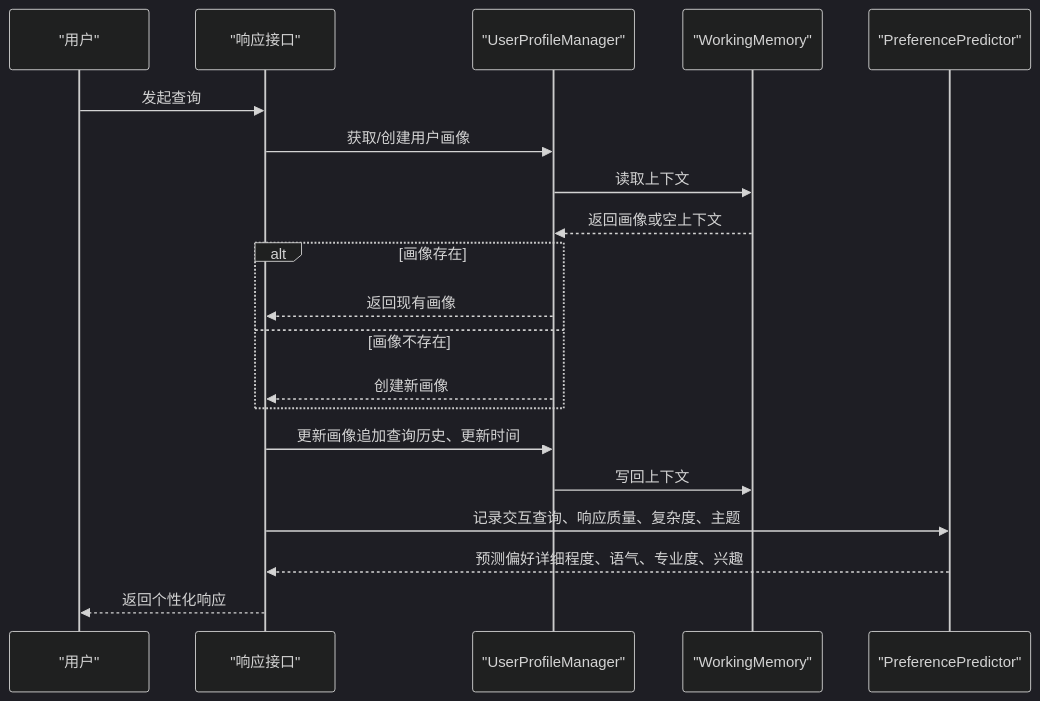
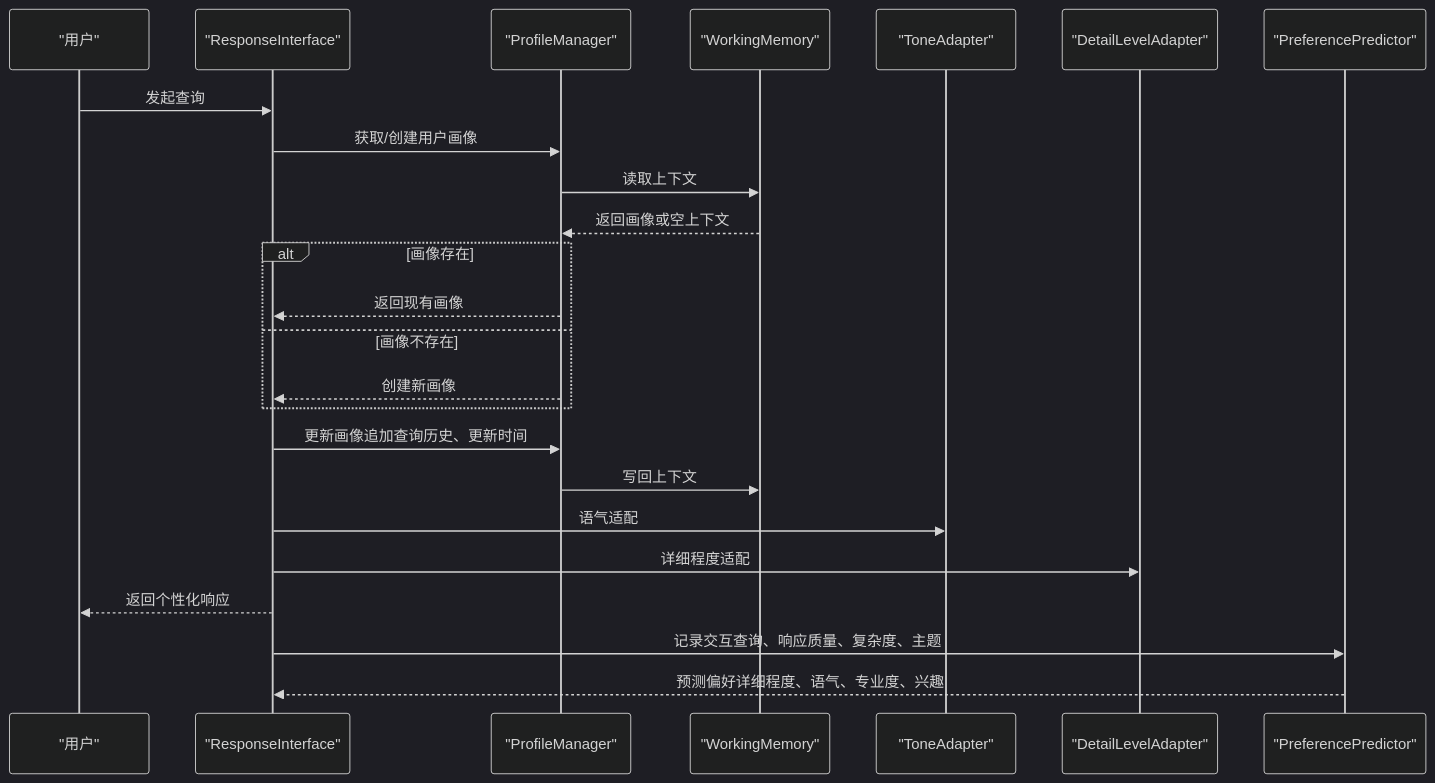
One commit to JieGaoPrinceton/NecoRAG changed the second of 6 diagrams in .qoder/repowiki/zh/content/交互层模块/用户画像管理.md. Above: the diagram before and after it, drawn with Mermaid (dark theme). The commit also changed other lines of this file and 12 other files, not shown here.

````diff
--- a/.qoder/repowiki/zh/content/交互层模块/用户画像管理.md
+++ b/.qoder/repowiki/zh/content/交互层模块/用户画像管理.md
@@ -113,22 +143,26 @@
 ```mermaid
 sequenceDiagram
 participant User as "用户"
-participant Resp as "响应接口"
-participant PM as "UserProfileManager"
+participant RI as "ResponseInterface"
+participant PM as "ProfileManager"
 participant WM as "WorkingMemory"
+participant TA as "ToneAdapter"
+participant DLA as "DetailLevelAdapter"
 participant PP as "PreferencePredictor"
-User->>Resp : 发起查询
-Resp->>PM : 获取/创建用户画像
+User->>RI : 发起查询
+RI->>PM : 获取/创建用户画像
 PM->>WM : 读取上下文
 WM-->>PM : 返回画像或空上下文
 alt 画像存在
-PM-->>Resp : 返回现有画像
+PM-->>RI : 返回现有画像
 else 画像不存在
-PM-->>Resp : 创建新画像
+PM-->>RI : 创建新画像
 end
-Resp->>PM : 更新画像追加查询历史、更新时间
+RI->>PM : 更新画像追加查询历史、更新时间
 PM->>WM : 写回上下文
-Resp->>PP : 记录交互查询、响应质量、复杂度、主题
-PP-->>Resp : 预测偏好详细程度、语气、专业度、兴趣
-Resp-->>User : 返回个性化响应
+RI->>TA : 语气适配
+RI->>DLA : 详细程度适配
+RI-->>User : 返回个性化响应
+RI->>PP : 记录交互查询、响应质量、复杂度、主题
+PP-->>RI : 预测偏好详细程度、语气、专业度、兴趣
 ```
````
